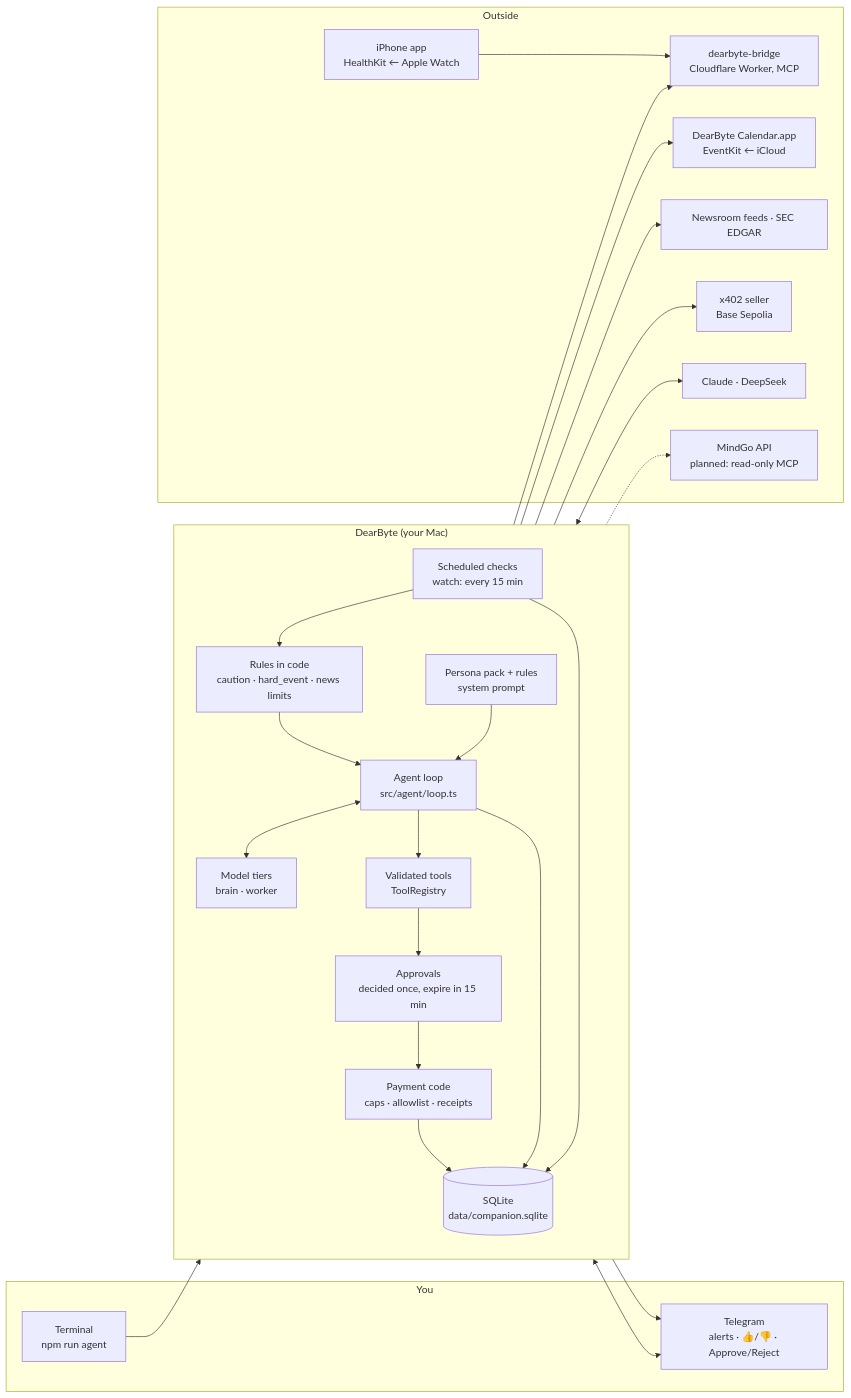
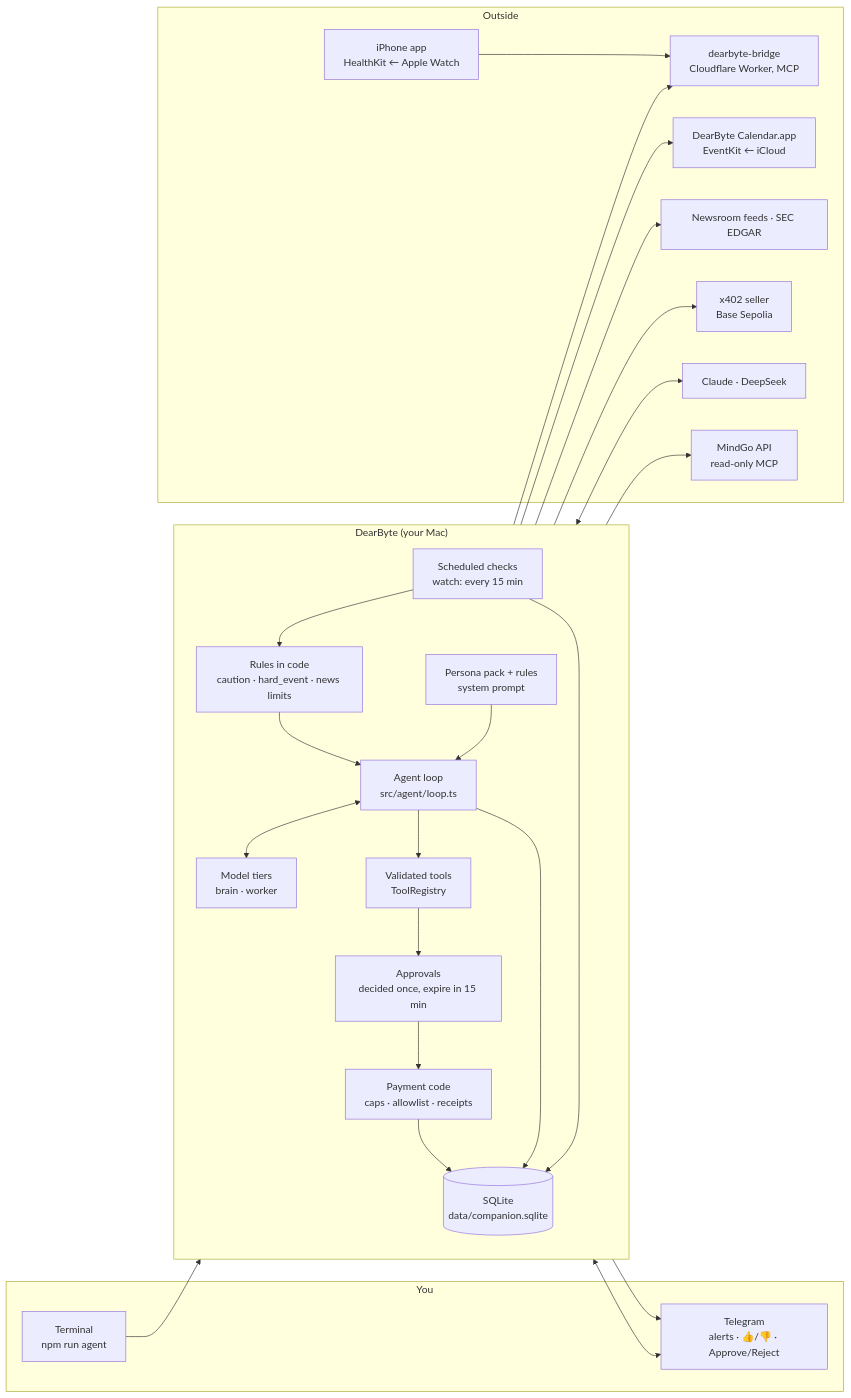
Before and after one commit to dearbyte-labs/DearByte: the diagram in docs/architecture.md, drawn with Mermaid. The commit also changed other lines of this file and 11 other files, not shown here.

First line of the commit message:
Connect MindGo through its read-only MCP endpoint

````diff
--- a/docs/architecture.md
+++ b/docs/architecture.md
@@ -11,47 +11,47 @@
 ```mermaid
 flowchart LR
   subgraph You
     CLI[Terminal<br/>npm run agent]
     TG[Telegram<br/>alerts · 👍/👎 · Approve/Reject]
   end
 
   subgraph DearByte["DearByte (your Mac)"]
     direction TB
     Loop[Agent loop<br/>src/agent/loop.ts]
     Tiers[Model tiers<br/>brain · worker]
     Tools[Validated tools<br/>ToolRegistry]
     Sched[Scheduled checks<br/>watch: every 15 min]
     Rules[Rules in code<br/>caution · hard_event · news limits]
     Appr[Approvals<br/>decided once, expire in 15 min]
     Pay[Payment code<br/>caps · allowlist · receipts]
     Store[(SQLite<br/>data/companion.sqlite)]
     Persona[Persona pack + rules<br/>system prompt]
   end
 
   subgraph Outside
     Bridge[dearbyte-bridge<br/>Cloudflare Worker, MCP]
     Phone[iPhone app<br/>HealthKit ← Apple Watch]
     Cal[DearByte Calendar.app<br/>EventKit ← iCloud]
     News[Newsroom feeds · SEC EDGAR]
     Seller[x402 seller<br/>Base Sepolia]
     LLM[Claude · DeepSeek]
-    MindGo[MindGo API<br/>planned: read-only MCP]
+    MindGo[MindGo API<br/>read-only MCP]
   end
 
   CLI --> Loop
   TG <--> Appr
   Sched --> Rules --> Loop
   Loop <--> Tiers <--> LLM
   Persona --> Loop
   Loop --> Tools
   Tools --> Bridge
   Phone --> Bridge
   Tools --> Cal
   Tools --> News
   Tools --> Appr --> Pay --> Seller
-  Tools -.-> MindGo
+  Tools --> MindGo
   Loop --> Store
   Sched --> Store
   Pay --> Store
   Sched --> TG
 ```
````
